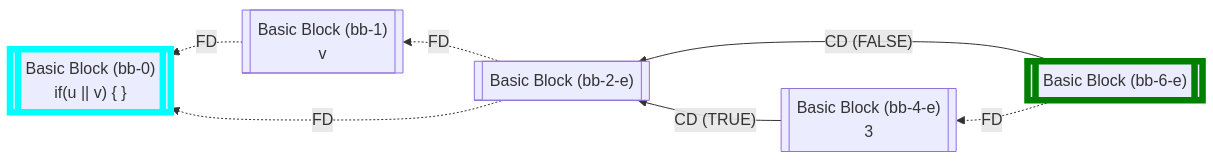
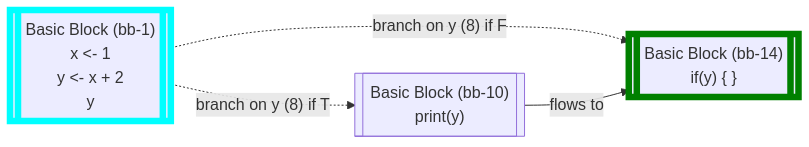
The fifth of 22 diagrams in wiki/Control Flow Graph.md (flowr-analysis/flowr), drawn with Mermaid before and after one commit. The commit also changed other lines of this file and 141 other files, not shown here.

````diff
--- a/wiki/Control Flow Graph.md
+++ b/wiki/Control Flow Graph.md
@@ -306,20 +278,15 @@
 ```mermaid
-flowchart RL
-    nbb-0[["`Basic Block (bb-0)
-if(u || v) #123; #125;`"]]
+flowchart LR
     nbb-1[["`Basic Block (bb-1)
-v`"]]
-    nbb-2-e[["`Basic Block (bb-2-e)
-`"]]
-    nbb-4-e[["`Basic Block (bb-4-e)
-3`"]]
-    nbb-6-e[["`Basic Block (bb-6-e)
-`"]]
-    nbb-1 -.->|"FD"| nbb-0
-    nbb-2-e -.->|"FD"| nbb-1
-    nbb-2-e -.->|"FD"| nbb-0
-    nbb-6-e -.->|"FD"| nbb-4-e
-    nbb-6-e -->|"CD (FALSE)"| nbb-2-e
-    nbb-4-e -->|"CD (TRUE)"| nbb-2-e
-    style nbb-0 stroke:cyan,stroke-width:6.5px;    style nbb-6-e stroke:green,stroke-width:6.5px;
+x #60;#45; 1
+y #60;#45; x #43; 2
+y`"]]
+    nbb-10[["`Basic Block (bb-10)
+print(y)`"]]
+    nbb-14[["`Basic Block (bb-14)
+if(y) #123; #125;`"]]
+    nbb-1 -.->|"branch on y (8) if T"| nbb-10
+    nbb-1 -.->|"branch on y (8) if F"| nbb-14
+    nbb-10 -->|"flows to"| nbb-14
+    style nbb-1 stroke:cyan,stroke-width:6.5px;    style nbb-14 stroke:green,stroke-width:6.5px;
 ```
````
